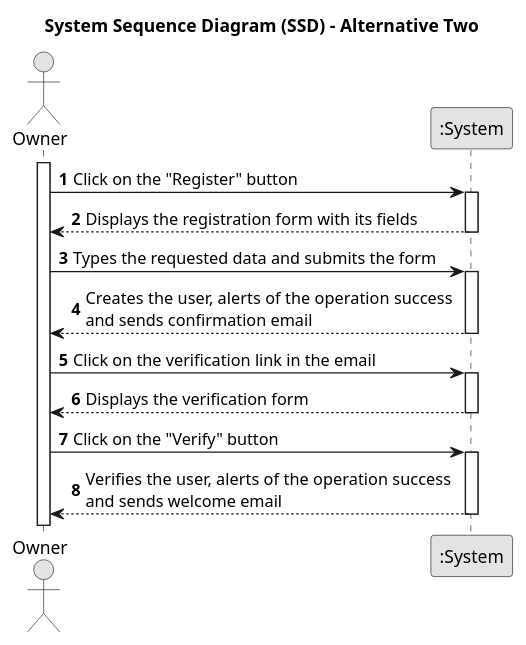
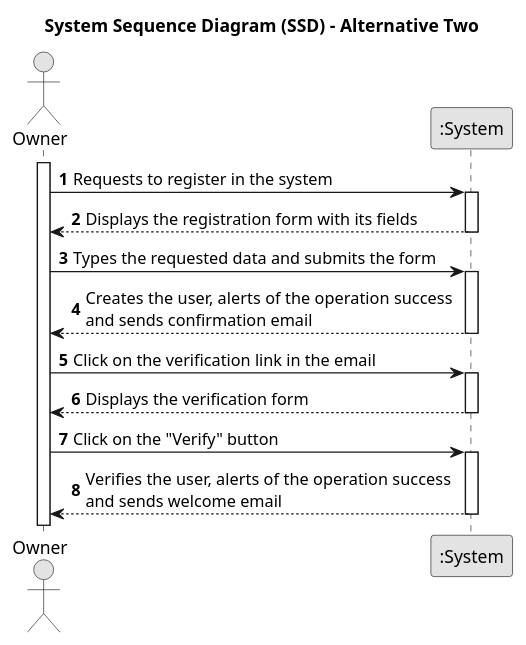
Before and after one commit to Goncalves2525/real-estate-management-system: the diagram in docs/sprintB/us007/01.requirements-engineering/puml/us007-system-sequence-diagram-alternative-two.puml, drawn with PlantUML. The commit also changed 26 other files, not shown here.

```diff
--- a/docs/sprintB/us007/01.requirements-engineering/puml/us007-system-sequence-diagram-alternative-two.puml
+++ b/docs/sprintB/us007/01.requirements-engineering/puml/us007-system-sequence-diagram-alternative-two.puml
@@ -1,39 +1,39 @@
 @startuml
 skinparam monochrome true
 skinparam packageStyle rectangle
 skinparam shadowing false
 
 title System Sequence Diagram (SSD) - Alternative Two
 
 autonumber
 
 actor "Owner" as Owner
 participant ":System" as System
 
 activate Owner
 
-        Owner -> System : Click on the "Register" button
+        Owner -> System : Requests to register in the system
     activate System
 
         System --> Owner : Displays the registration form with its fields
     deactivate System
 
         Owner -> System : Types the requested data and submits the form
      activate System
 
         System --> Owner: Creates the user, alerts of the operation success \nand sends confirmation email
      deactivate System
 
         Owner -> System : Click on the verification link in the email
         activate System
 
         System --> Owner: Displays the verification form
     deactivate System
 
         Owner -> System : Click on the "Verify" button
     activate System
 
         System --> Owner: Verifies the user, alerts of the operation success \nand sends welcome email
     deactivate System
 
 @enduml
```
